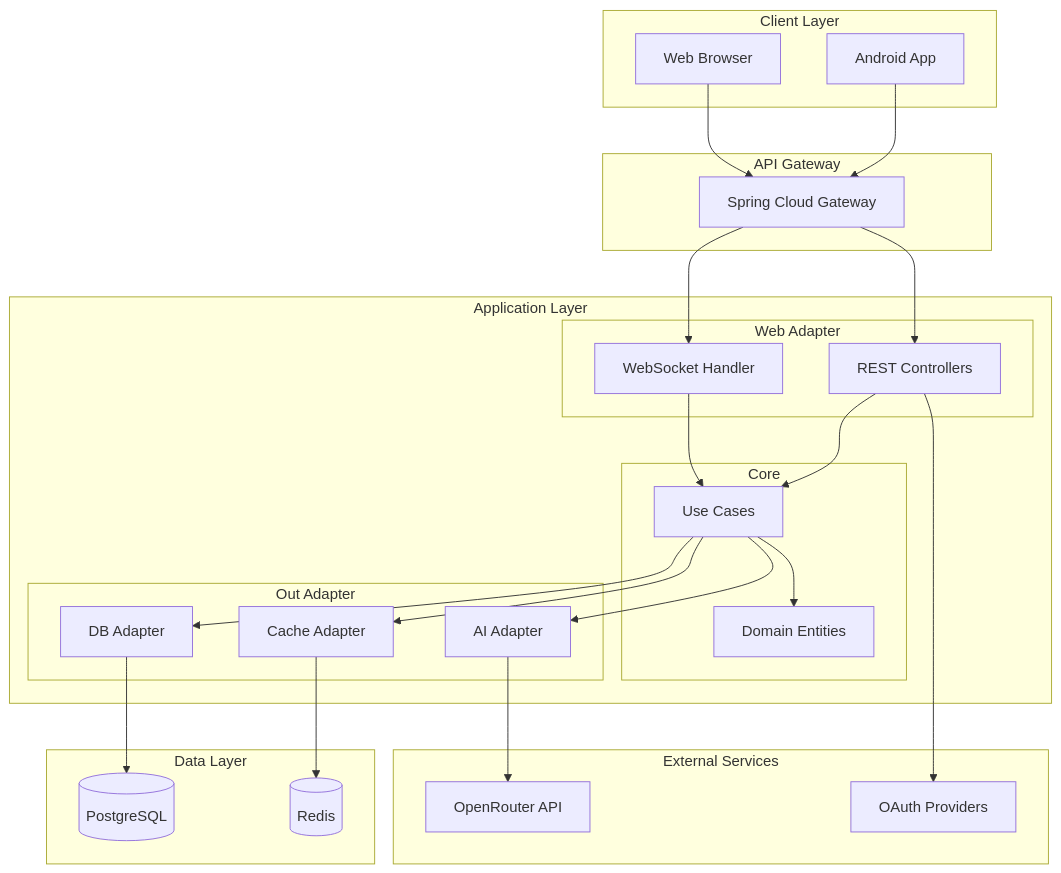
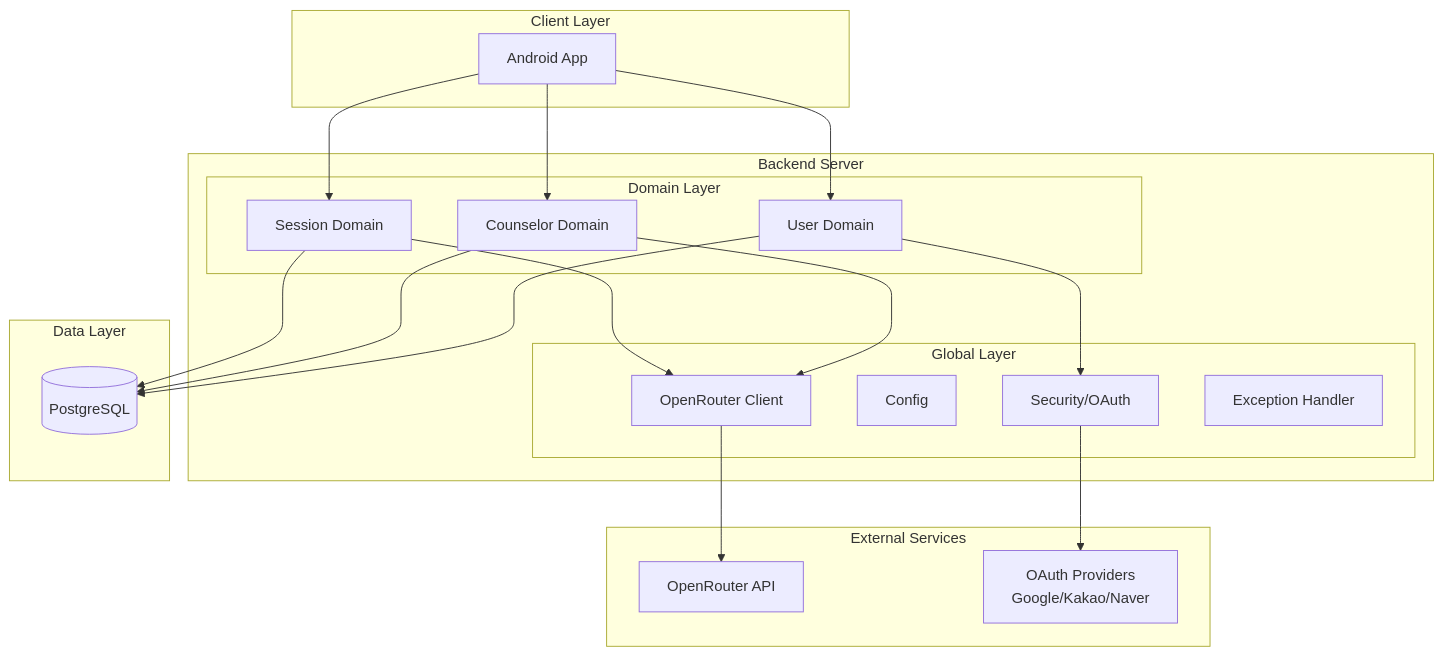
Before and after one commit to Mrbaeksang/ai-counseling-app: the first of 3 diagrams in docs/system-architecture.md, drawn with Mermaid. The commit also changed other lines of this file and 62 other files, not shown here.

````diff
--- a/docs/system-architecture.md
+++ b/docs/system-architecture.md
@@ -5,56 +5,45 @@
 ```mermaid
 graph TB
     subgraph "Client Layer"
         AND[Android App]
-        WEB[Web Browser]
     end
     
-    subgraph "API Gateway"
-        GW[Spring Cloud Gateway]
-    end
-    
-    subgraph "Application Layer"
-        subgraph "Web Adapter"
-            REST[REST Controllers]
-            WS[WebSocket Handler]
+    subgraph "Backend Server"
+        subgraph "Domain Layer"
+            USER[User Domain]
+            COUN[Counselor Domain]
+            SESS[Session Domain]
         end
         
-        subgraph "Core"
-            UC[Use Cases]
-            DOM[Domain Entities]
-        end
-        
-        subgraph "Out Adapter"
-            DB[DB Adapter]
-            AI[AI Adapter]
-            CACHE[Cache Adapter]
+        subgraph "Global Layer"
+            SEC[Security/OAuth]
+            CONF[Config]
+            OR[OpenRouter Client]
+            EXC[Exception Handler]
         end
     end
     
     subgraph "External Services"
-        OR[OpenRouter API]
-        OAUTH[OAuth Providers]
+        OAI[OpenRouter API]
+        OAUTH[OAuth Providers<br/>Google/Kakao/Naver]
     end
     
     subgraph "Data Layer"
         PG[(PostgreSQL)]
-        RD[(Redis)]
     end
     
-    AND --> GW
-    WEB --> GW
-    GW --> REST
-    GW --> WS
+    AND --> USER
+    AND --> COUN
+    AND --> SESS
     
-    REST --> UC
-    WS --> UC
-    UC --> DOM
-    UC --> DB
-    UC --> AI
-    UC --> CACHE
+    USER --> SEC
+    COUN --> OR
+    SESS --> OR
     
-    DB --> PG
-    AI --> OR
-    CACHE --> RD
-    REST --> OAUTH
+    OR --> OAI
+    SEC --> OAUTH
+    
+    USER --> PG
+    COUN --> PG
+    SESS --> PG
 ```
````
